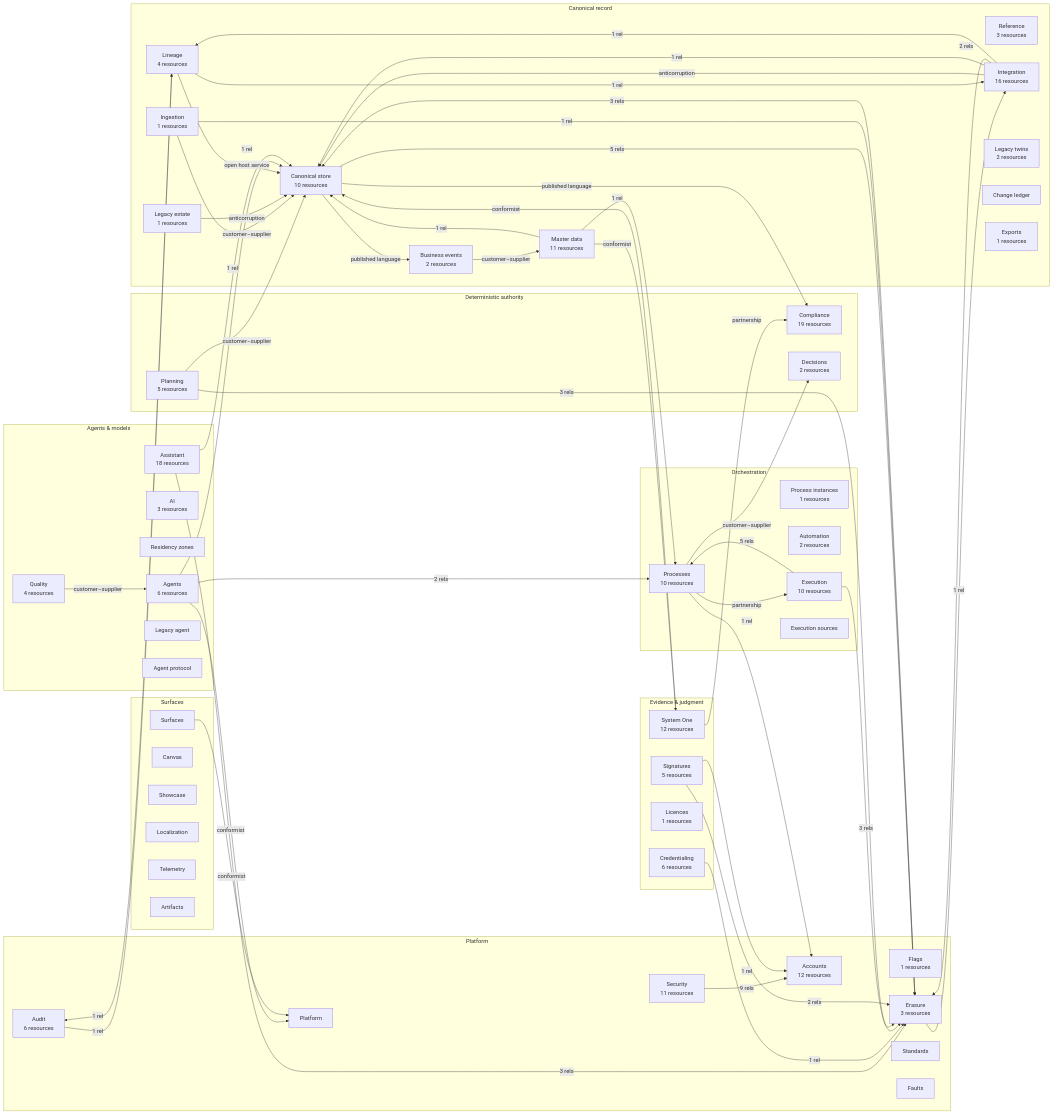
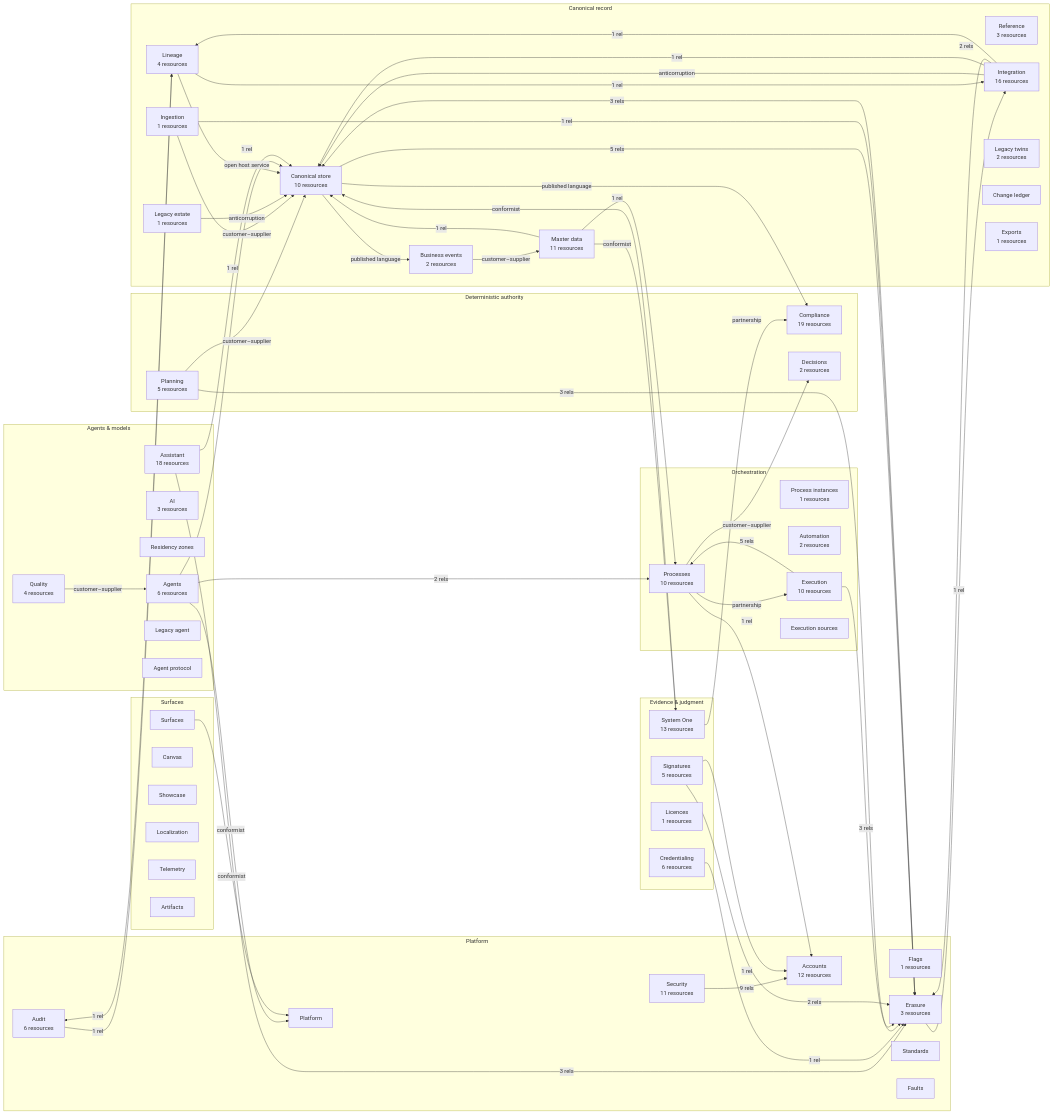
The diagram in docs/DOMAIN-MAP.md (lukegalea/ash_enterprise), drawn with Mermaid before and after one commit. The commit also changed other lines of this file, not shown here.

```diff
--- a/docs/DOMAIN-MAP.md
+++ b/docs/DOMAIN-MAP.md
@@ -66,7 +66,7 @@
     ctx_exports["Exports<br/>1 resources"]
   end
   subgraph knowledge["Evidence & judgment"]
-    ctx_system-one["System One<br/>12 resources"]
+    ctx_system-one["System One<br/>13 resources"]
     ctx_credentialing["Credentialing<br/>6 resources"]
     ctx_licences["Licences<br/>1 resources"]
     ctx_signatures["Signatures<br/>5 resources"]
```
